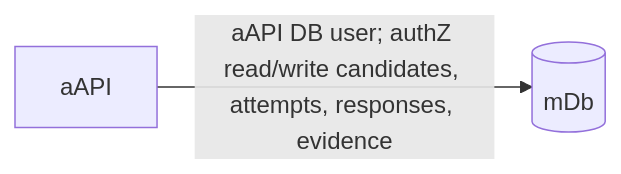
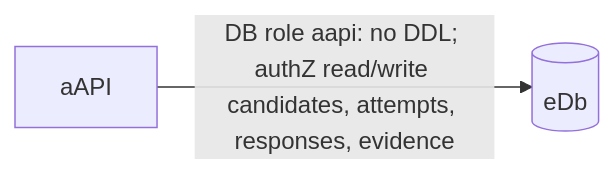
Before and after one commit to freeCodeCamp/exam-platform: the fourth of 5 diagrams in docs/auth.md, drawn with Mermaid. The commit also changed other lines of this file and 69 other files, not shown here.

````diff
--- a/docs/auth.md
+++ b/docs/auth.md
@@ -28,4 +28,4 @@
 ```mermaid
 graph LR
-  aAPI["aAPI"] -->|"aAPI DB user; authZ read/write candidates, attempts, responses, evidence"| mDb[("mDb")]
+  aAPI["aAPI"] -->|"DB role aapi: no DDL; authZ read/write candidates, attempts, responses, evidence"| eDb[("eDb")]
 ```
````
